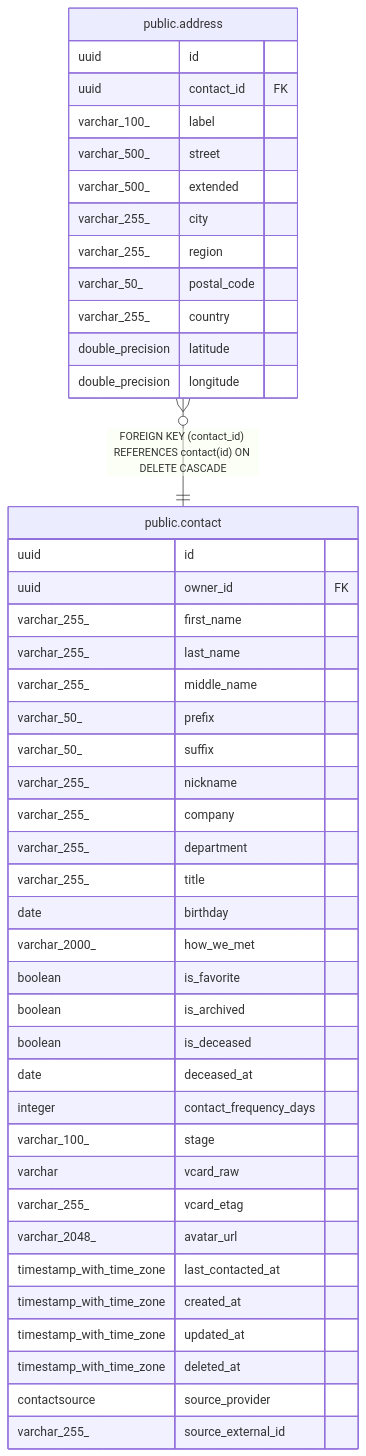
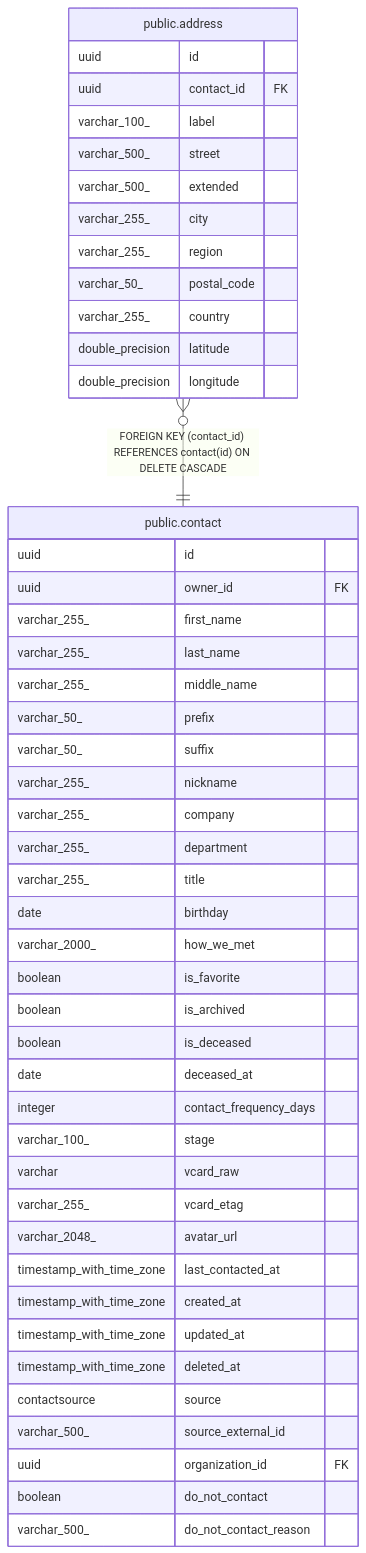
One commit to pike00/Kindred changed the diagram in docs/db/public.address.md. Above: the diagram before and after it, drawn with Mermaid. The commit also changed 90 other files, not shown here.

````diff
--- a/docs/db/public.address.md
+++ b/docs/db/public.address.md
@@ -42,49 +42,52 @@
 ```mermaid
 erDiagram
 
 "public.address" }o--|| "public.contact" : "FOREIGN KEY (contact_id) REFERENCES contact(id) ON DELETE CASCADE"
 
 "public.address" {
   uuid id
   uuid contact_id FK
   varchar_100_ label
   varchar_500_ street
   varchar_500_ extended
   varchar_255_ city
   varchar_255_ region
   varchar_50_ postal_code
   varchar_255_ country
   double_precision latitude
   double_precision longitude
 }
 "public.contact" {
   uuid id
   uuid owner_id FK
   varchar_255_ first_name
   varchar_255_ last_name
   varchar_255_ middle_name
   varchar_50_ prefix
   varchar_50_ suffix
   varchar_255_ nickname
   varchar_255_ company
   varchar_255_ department
   varchar_255_ title
   date birthday
   varchar_2000_ how_we_met
   boolean is_favorite
   boolean is_archived
   boolean is_deceased
   date deceased_at
   integer contact_frequency_days
   varchar_100_ stage
   varchar vcard_raw
   varchar_255_ vcard_etag
   varchar_2048_ avatar_url
   timestamp_with_time_zone last_contacted_at
   timestamp_with_time_zone created_at
   timestamp_with_time_zone updated_at
   timestamp_with_time_zone deleted_at
-  contactsource source_provider
-  varchar_255_ source_external_id
+  contactsource source
+  varchar_500_ source_external_id
+  uuid organization_id FK
+  boolean do_not_contact
+  varchar_500_ do_not_contact_reason
 }
 ```
````
